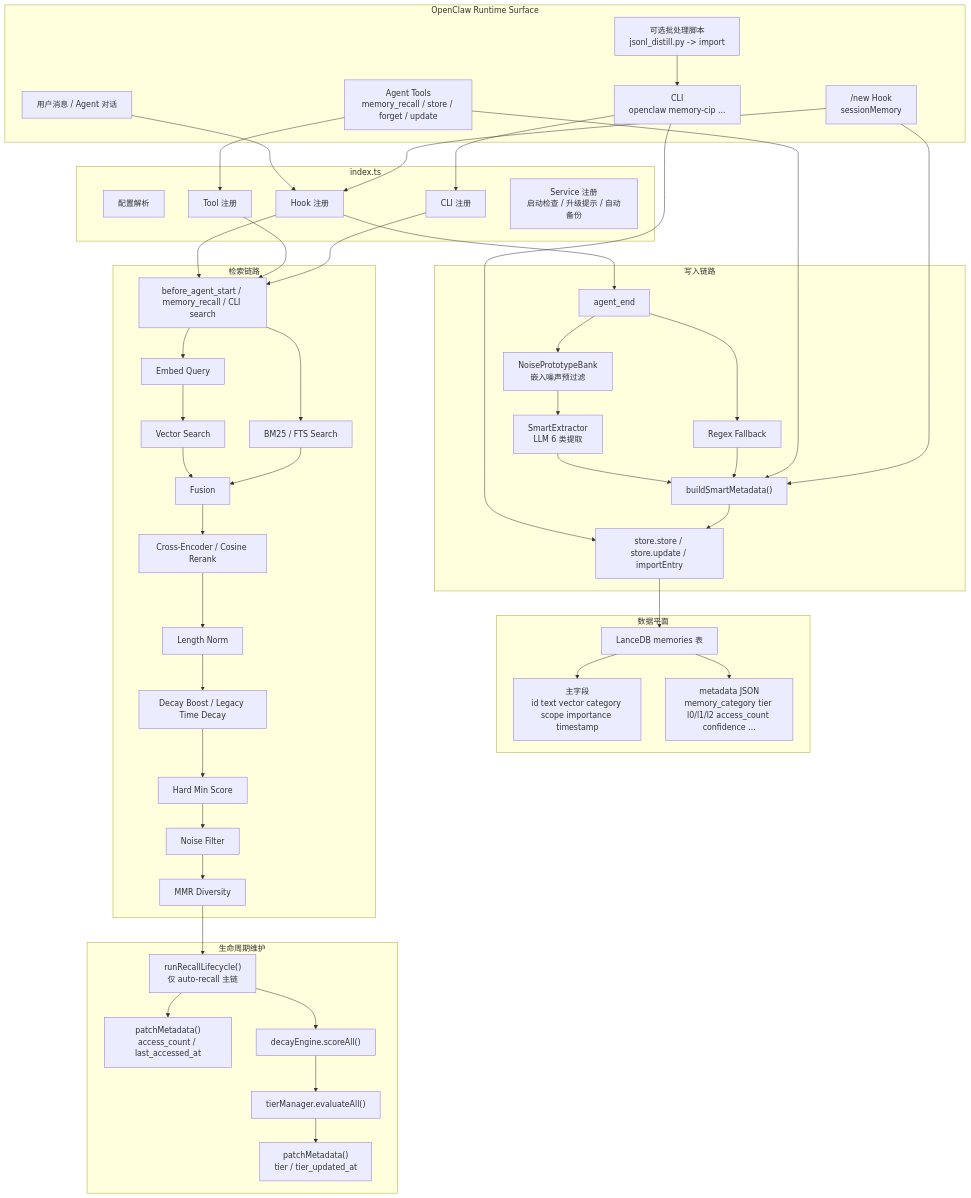
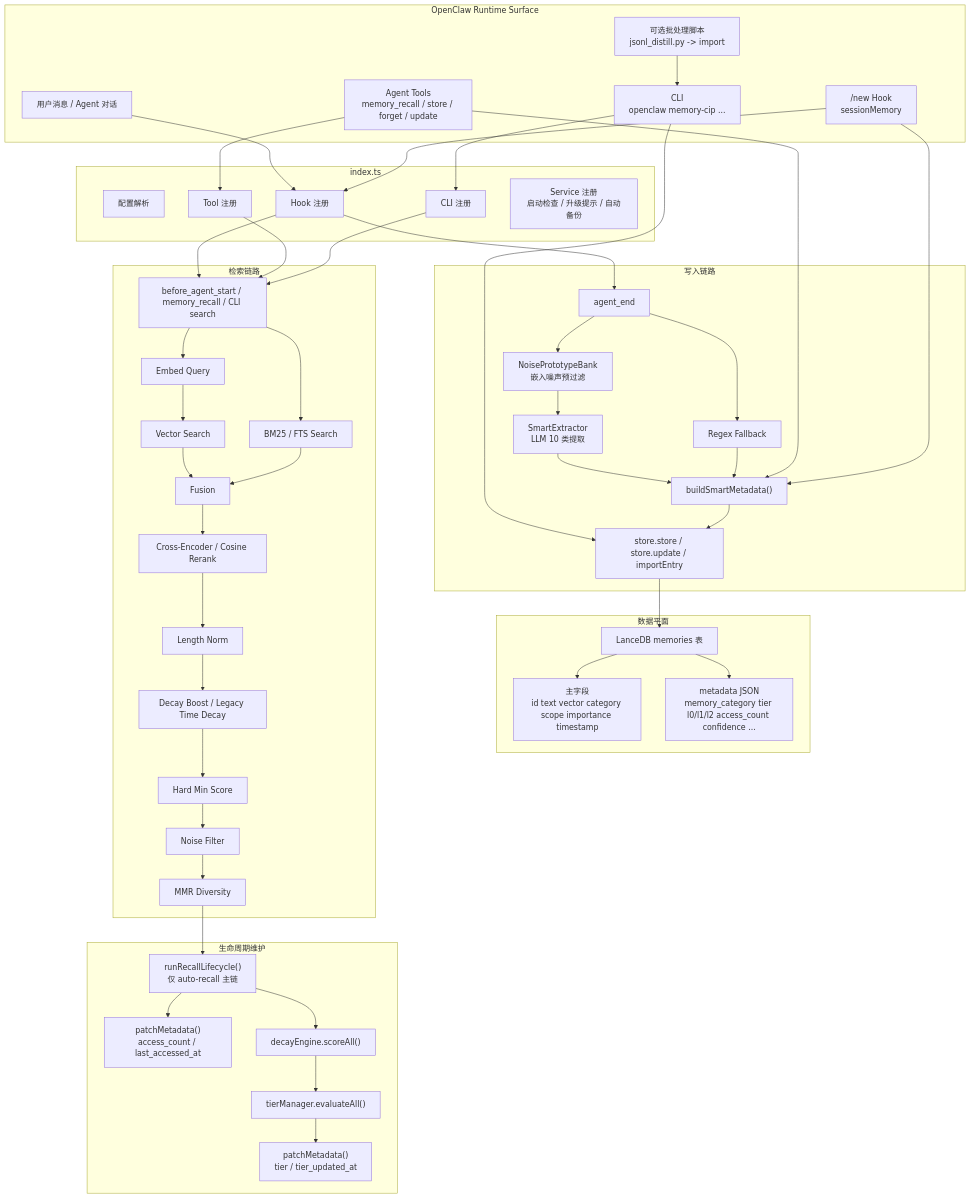
One commit to psxxo/memory-lancedb-cip changed the first of 2 diagrams in docs/memory_architecture_analysis.md. Above: the diagram before and after it, drawn with Mermaid. The commit also changed other lines of this file and 7 other files, not shown here.

```diff
--- a/docs/memory_architecture_analysis.md
+++ b/docs/memory_architecture_analysis.md
@@ -61,7 +61,7 @@
     subgraph WritePath["写入链路"]
         W1["agent_end"]
         W0["NoisePrototypeBank<br/>嵌入噪声预过滤"]
-        W2["SmartExtractor<br/>LLM 6 类提取"]
+        W2["SmartExtractor<br/>LLM 10 类提取"]
         W3["Regex Fallback"]
         W4["buildSmartMetadata()"]
         W5["store.store / store.update / importEntry"]
```
